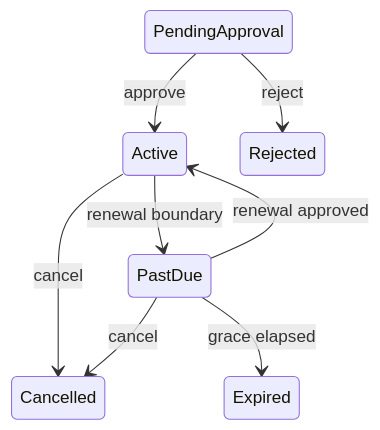
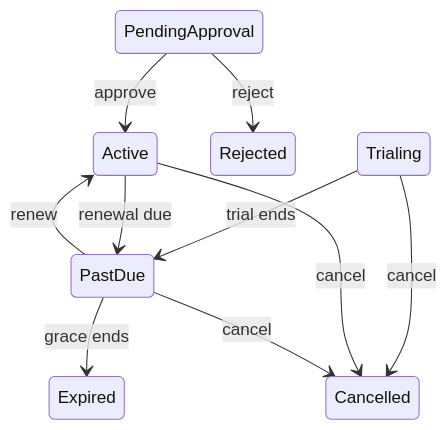
One commit to mhasabalah/StarterKit changed the first of 3 diagrams in wiki/Subscriptions/Billing.md. Above: the diagram before and after it, drawn with Mermaid. The commit also changed other lines of this file and 10 other files, not shown here.

````diff
--- a/wiki/Subscriptions/Billing.md
+++ b/wiki/Subscriptions/Billing.md
@@ -9,10 +21,13 @@
 ```mermaid
 stateDiagram-v2
+  direction TB
   PendingApproval --> Active: approve
   PendingApproval --> Rejected: reject
-  Active --> PastDue: renewal boundary
-  PastDue --> Active: renewal approved
+  Trialing --> PastDue: trial ends
+  Trialing --> Cancelled: cancel
+  Active --> PastDue: renewal due
   Active --> Cancelled: cancel
+  PastDue --> Active: renew
+  PastDue --> Expired: grace ends
   PastDue --> Cancelled: cancel
-  PastDue --> Expired: grace elapsed
 ```
````
